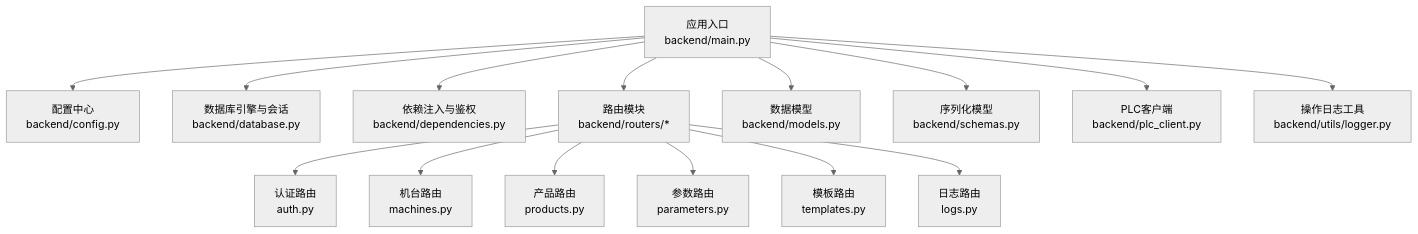
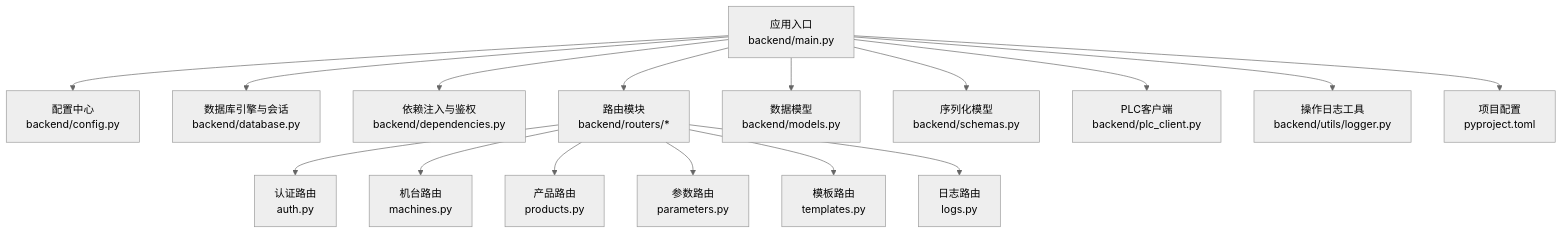
Before and after one commit to pcb0y/plctodb: the first of 7 diagrams in .qoder/repowiki/zh/content/后端开发/FastAPI应用结构.md, drawn with Mermaid (neutral theme). The commit also changed other lines of this file and 9 other files, not shown here.

````diff
--- a/.qoder/repowiki/zh/content/后端开发/FastAPI应用结构.md
+++ b/.qoder/repowiki/zh/content/后端开发/FastAPI应用结构.md
@@ -56,17 +69,18 @@
 ```mermaid
 graph TB
 A["应用入口<br/>backend/main.py"] --> B["配置中心<br/>backend/config.py"]
 A --> C["数据库引擎与会话<br/>backend/database.py"]
 A --> D["依赖注入与鉴权<br/>backend/dependencies.py"]
 A --> E["路由模块<br/>backend/routers/*"]
 E --> F["认证路由<br/>auth.py"]
 E --> G["机台路由<br/>machines.py"]
 E --> H["产品路由<br/>products.py"]
 E --> I["参数路由<br/>parameters.py"]
 E --> J["模板路由<br/>templates.py"]
 E --> K["日志路由<br/>logs.py"]
 A --> L["数据模型<br/>backend/models.py"]
 A --> M["序列化模型<br/>backend/schemas.py"]
 A --> N["PLC客户端<br/>backend/plc_client.py"]
 A --> O["操作日志工具<br/>backend/utils/logger.py"]
+A --> P["项目配置<br/>pyproject.toml"]
 ```
````
